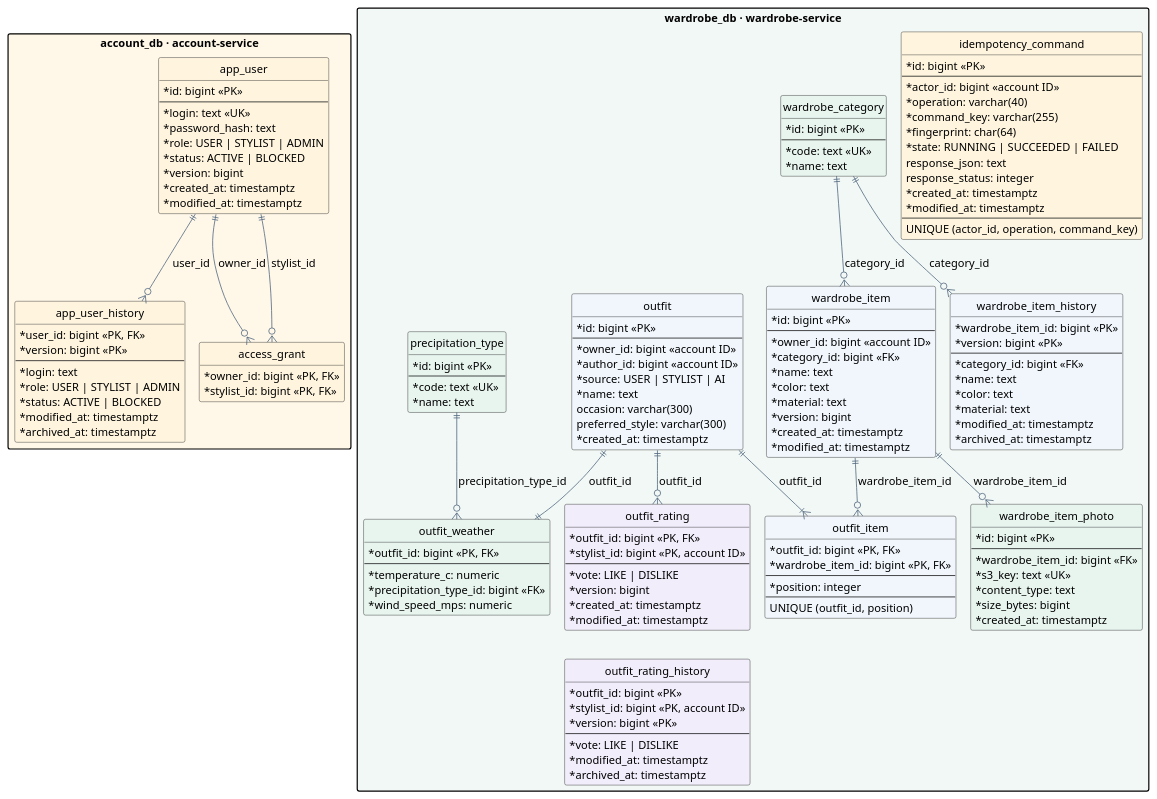
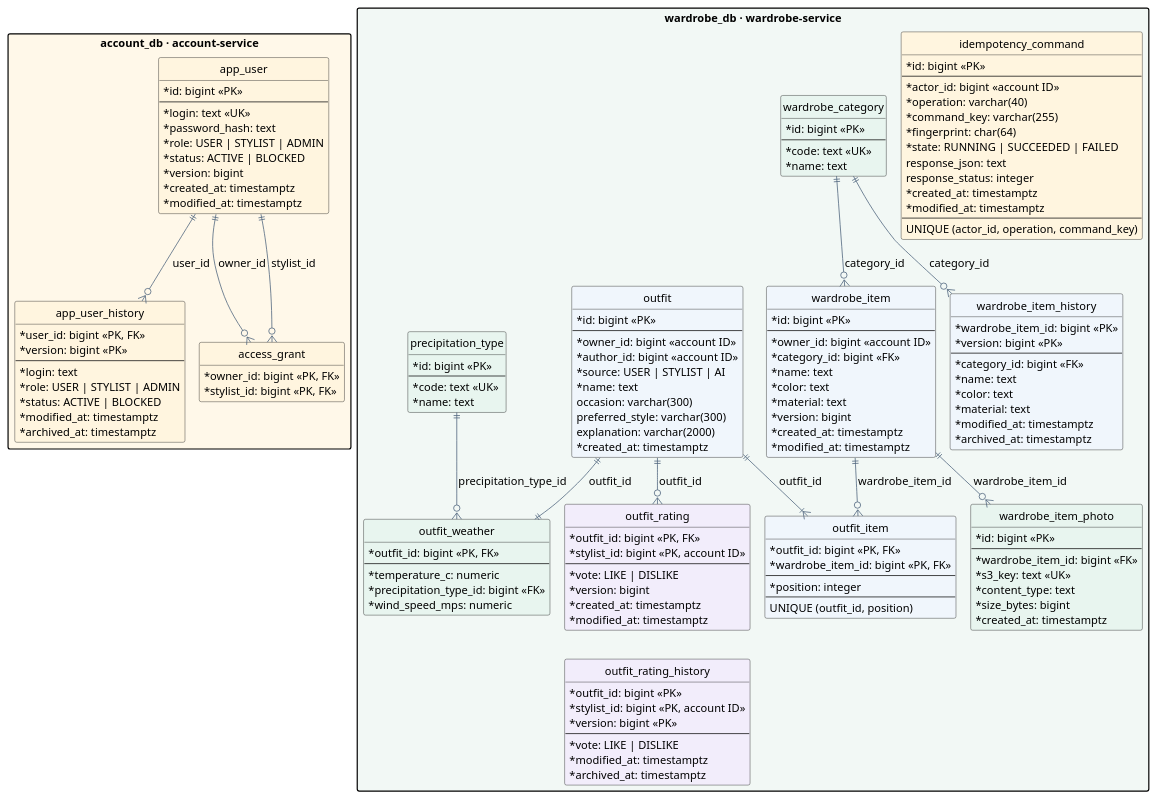
One commit to SimeonGor/clothes-advisor changed the diagram in docs/lab2/diagrams/data.puml. Above: the diagram before and after it, drawn with PlantUML. The commit also changed 6 other files, not shown here.

```diff
--- a/docs/lab2/diagrams/data.puml
+++ b/docs/lab2/diagrams/data.puml
@@ -1,161 +1,162 @@
 @startuml data
 !pragma layout smetana
 skinparam backgroundColor #FFFFFF
 skinparam defaultFontName SansSerif
 skinparam defaultFontSize 14
 skinparam shadowing false
 skinparam classAttributeIconSize 0
 skinparam packageStyle rectangle
 skinparam nodesep 55
 skinparam ranksep 65
 skinparam ArrowColor #52677F
 hide methods
 hide circle
 
 package "account_db · account-service" as account #FFF8E9 {
   entity "app_user" as user #FFF5DF {
     * id: bigint <<PK>>
     --
     * login: text <<UK>>
     * password_hash: text
     * role: USER | STYLIST | ADMIN
     * status: ACTIVE | BLOCKED
     * version: bigint
     * created_at: timestamptz
     * modified_at: timestamptz
   }
   entity "app_user_history" as user_history #FFF5DF {
     * user_id: bigint <<PK, FK>>
     * version: bigint <<PK>>
     --
     * login: text
     * role: USER | STYLIST | ADMIN
     * status: ACTIVE | BLOCKED
     * modified_at: timestamptz
     * archived_at: timestamptz
   }
   entity "access_grant" as grant #FFF5DF {
     * owner_id: bigint <<PK, FK>>
     * stylist_id: bigint <<PK, FK>>
   }
   user ||--o{ user_history : user_id
   user ||--o{ grant : owner_id
   user ||--o{ grant : stylist_id
 }
 
 package "wardrobe_db · wardrobe-service" as wardrobe #F2F8F5 {
   entity "idempotency_command" as command #FFF5DF {
     * id: bigint <<PK>>
     --
     * actor_id: bigint <<account ID>>
     * operation: varchar(40)
     * command_key: varchar(255)
     * fingerprint: char(64)
     * state: RUNNING | SUCCEEDED | FAILED
     response_json: text
     response_status: integer
     * created_at: timestamptz
     * modified_at: timestamptz
     --
     UNIQUE (actor_id, operation, command_key)
   }
   entity "wardrobe_category" as category #E8F5EF {
     * id: bigint <<PK>>
     --
     * code: text <<UK>>
     * name: text
   }
   entity "wardrobe_item" as item #F0F6FC {
     * id: bigint <<PK>>
     --
     * owner_id: bigint <<account ID>>
     * category_id: bigint <<FK>>
     * name: text
     * color: text
     * material: text
     * version: bigint
     * created_at: timestamptz
     * modified_at: timestamptz
   }
   entity "wardrobe_item_history" as item_history #F0F6FC {
     * wardrobe_item_id: bigint <<PK>>
     * version: bigint <<PK>>
     --
     * category_id: bigint <<FK>>
     * name: text
     * color: text
     * material: text
     * modified_at: timestamptz
     * archived_at: timestamptz
   }
   entity "wardrobe_item_photo" as photo #E8F5EF {
     * id: bigint <<PK>>
     --
     * wardrobe_item_id: bigint <<FK>>
     * s3_key: text <<UK>>
     * content_type: text
     * size_bytes: bigint
     * created_at: timestamptz
   }
   entity "outfit" as outfit #F0F6FC {
     * id: bigint <<PK>>
     --
     * owner_id: bigint <<account ID>>
     * author_id: bigint <<account ID>>
     * source: USER | STYLIST | AI
     * name: text
     occasion: varchar(300)
     preferred_style: varchar(300)
+    explanation: varchar(2000)
     * created_at: timestamptz
   }
   entity "outfit_item" as composition #F0F6FC {
     * outfit_id: bigint <<PK, FK>>
     * wardrobe_item_id: bigint <<PK, FK>>
     --
     * position: integer
     --
     UNIQUE (outfit_id, position)
   }
   entity "outfit_weather" as weather #E8F5EF {
     * outfit_id: bigint <<PK, FK>>
     --
     * temperature_c: numeric
     * precipitation_type_id: bigint <<FK>>
     * wind_speed_mps: numeric
   }
   entity "precipitation_type" as precipitation #E8F5EF {
     * id: bigint <<PK>>
     --
     * code: text <<UK>>
     * name: text
   }
   entity "outfit_rating" as rating #F2EDFB {
     * outfit_id: bigint <<PK, FK>>
     * stylist_id: bigint <<PK, account ID>>
     --
     * vote: LIKE | DISLIKE
     * version: bigint
     * created_at: timestamptz
     * modified_at: timestamptz
   }
   entity "outfit_rating_history" as rating_history #F2EDFB {
     * outfit_id: bigint <<PK>>
     * stylist_id: bigint <<PK, account ID>>
     * version: bigint <<PK>>
     --
     * vote: LIKE | DISLIKE
     * modified_at: timestamptz
     * archived_at: timestamptz
   }
   category ||--o{ item : category_id
   category ||--o{ item_history : category_id
   item ||--o{ photo : wardrobe_item_id
   item ||--o{ composition : wardrobe_item_id
   outfit ||--|{ composition : outfit_id
   outfit ||--|| weather : outfit_id
   precipitation ||--o{ weather : precipitation_type_id
   outfit ||--o{ rating : outfit_id
   rating -[hidden]down-> rating_history
 }
 account -[hidden]right-> wardrobe
 @enduml
```
